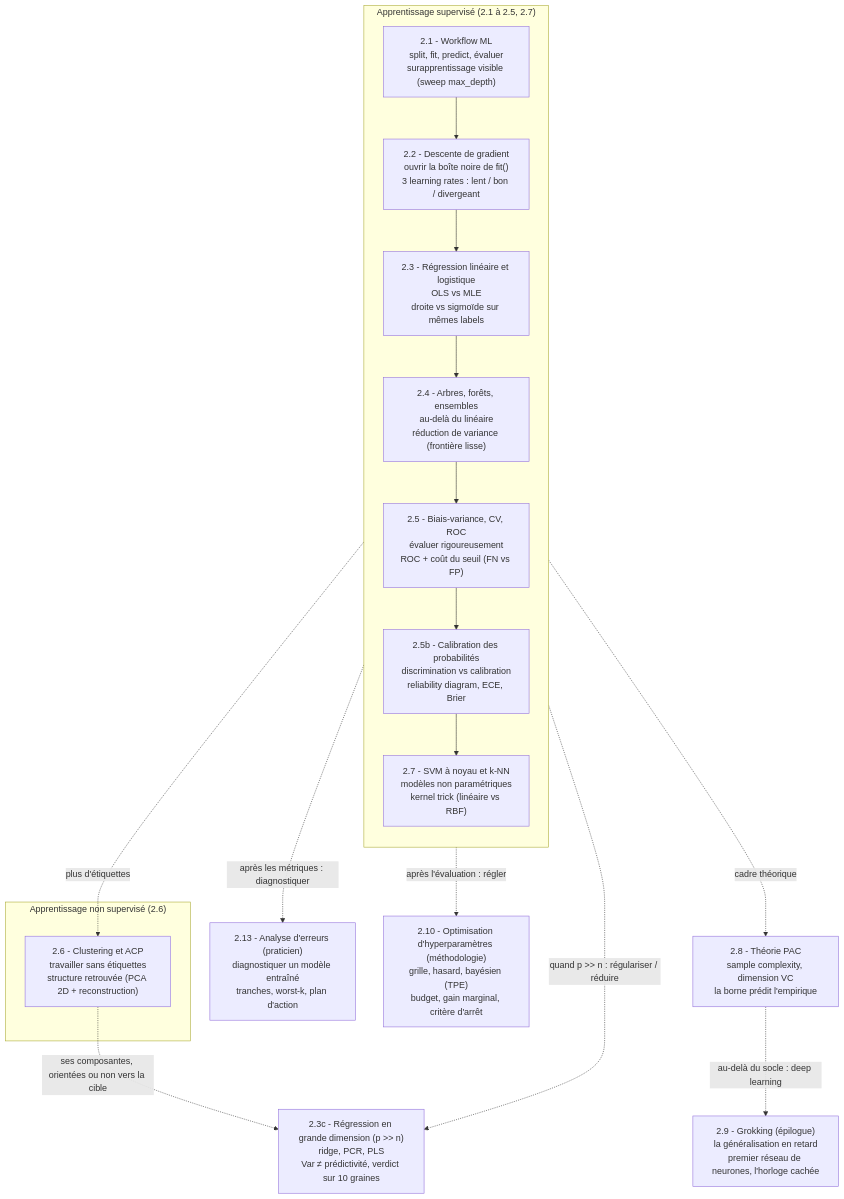
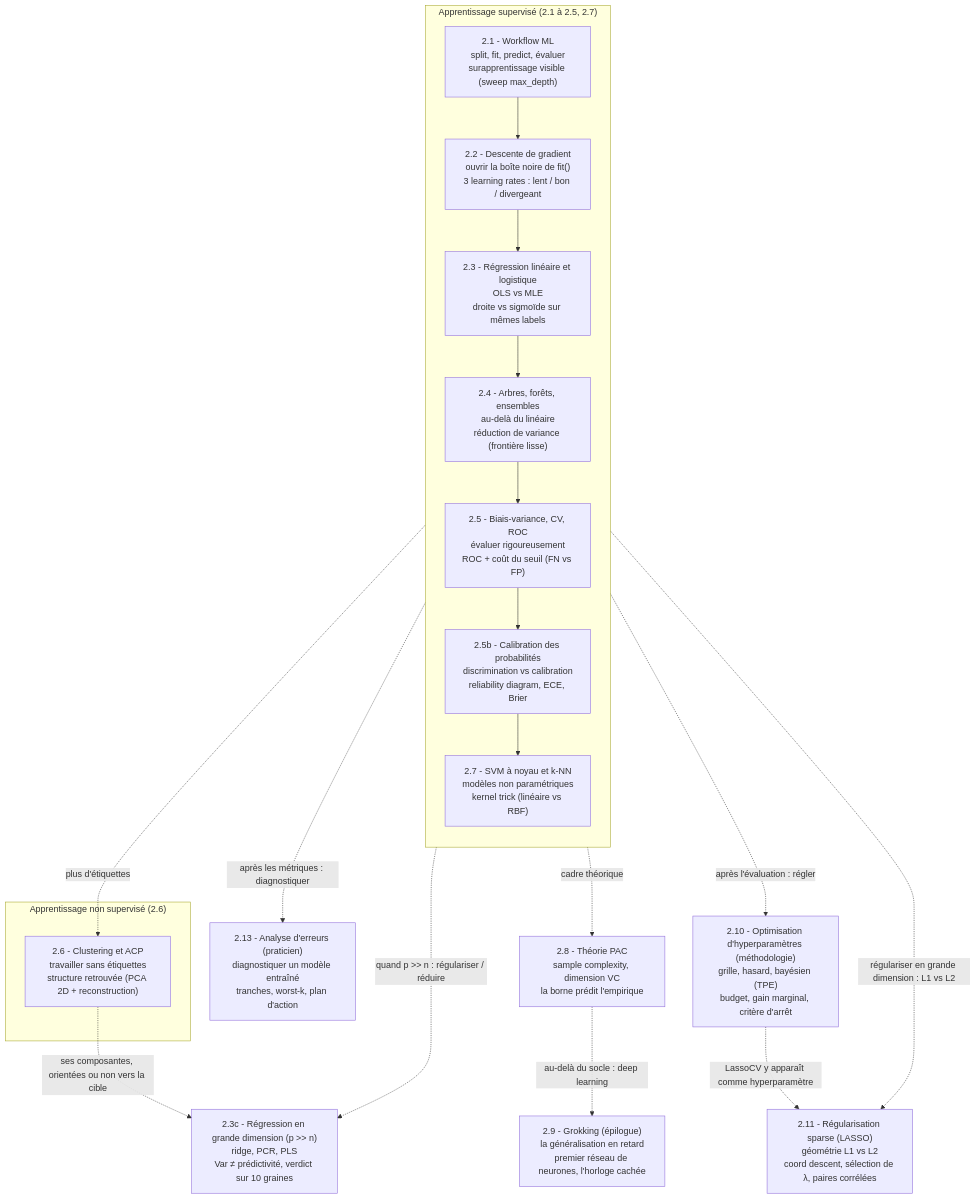
One commit to jsboige/CoursIA changed the diagram in MyIA.AI.Notebooks/ML/DataScienceWithAgents/02-ML-Cours/README.md. Above: the diagram before and after it, drawn with Mermaid. The commit also changed other lines of this file and 1 other file, not shown here.

First paragraph of the commit message:
fix(notebook,#13724): corrige 3 concerns NanoClaw + carte Mermaid 2.11
Trois concerns leves (voie 2 : aligner la prose sur les sorties reelles,
pas de re-execution lourde) :

````diff
--- a/MyIA.AI.Notebooks/ML/DataScienceWithAgents/02-ML-Cours/README.md
+++ b/MyIA.AI.Notebooks/ML/DataScienceWithAgents/02-ML-Cours/README.md
@@ -89,29 +89,32 @@
 ```mermaid
 flowchart TD
     subgraph SUP["Apprentissage supervisé (2.1 à 2.5, 2.7)"]
       direction TB
       A["2.1 - Workflow ML<br/>split, fit, predict, évaluer<br/>surapprentissage visible (sweep max_depth)"]
       B["2.2 - Descente de gradient<br/>ouvrir la boîte noire de fit()<br/>3 learning rates : lent / bon / divergeant"]
       C["2.3 - Régression linéaire et logistique<br/>OLS vs MLE<br/>droite vs sigmoïde sur mêmes labels"]
       D["2.4 - Arbres, forêts, ensembles<br/>au-delà du linéaire<br/>réduction de variance (frontière lisse)"]
       E["2.5 - Biais-variance, CV, ROC<br/>évaluer rigoureusement<br/>ROC + coût du seuil (FN vs FP)"]
       E2["2.5b - Calibration des probabilités<br/>discrimination vs calibration<br/>reliability diagram, ECE, Brier"]
       G["2.7 - SVM à noyau et k-NN<br/>modèles non paramétriques<br/>kernel trick (linéaire vs RBF)"]
       A --> B --> C --> D --> E --> E2 --> G
     end
     subgraph UNSUP["Apprentissage non supervisé (2.6)"]
       F["2.6 - Clustering et ACP<br/>travailler sans étiquettes<br/>structure retrouvée (PCA 2D + reconstruction)"]
     end
     H["2.8 - Théorie PAC<br/>sample complexity, dimension VC<br/>la borne prédit l'empirique"]
     I["2.9 - Grokking (épilogue)<br/>la généralisation en retard<br/>premier réseau de neurones, l'horloge cachée"]
     E -. "plus d'étiquettes" .-> F
     E -. "cadre théorique" .-> H
     H -. "au-delà du socle : deep learning" .-> I
     J["2.13 - Analyse d'erreurs (praticien)<br/>diagnostiquer un modèle entraîné<br/>tranches, worst-k, plan d'action"]
     E -. "après les métriques : diagnostiquer" .-> J
     K["2.10 - Optimisation d'hyperparamètres (méthodologie)<br/>grille, hasard, bayésien (TPE)<br/>budget, gain marginal, critère d'arrêt"]
     E -. "après l'évaluation : régler" .-> K
     L["2.3c - Régression en grande dimension (p >> n)<br/>ridge, PCR, PLS<br/>Var ≠ prédictivité, verdict sur 10 graines"]
     C -. "quand p >> n : régulariser / réduire" .-> L
     F -. "ses composantes, orientées ou non vers la cible" .-> L
+    M["2.11 - Régularisation sparse (LASSO)<br/>géométrie L1 vs L2<br/>coord descent, sélection de λ, paires corrélées"]
+    C -. "régulariser en grande dimension : L1 vs L2" .-> M
+    K -. "LassoCV y apparaît comme hyperparamètre" .-> M
 ```
````
